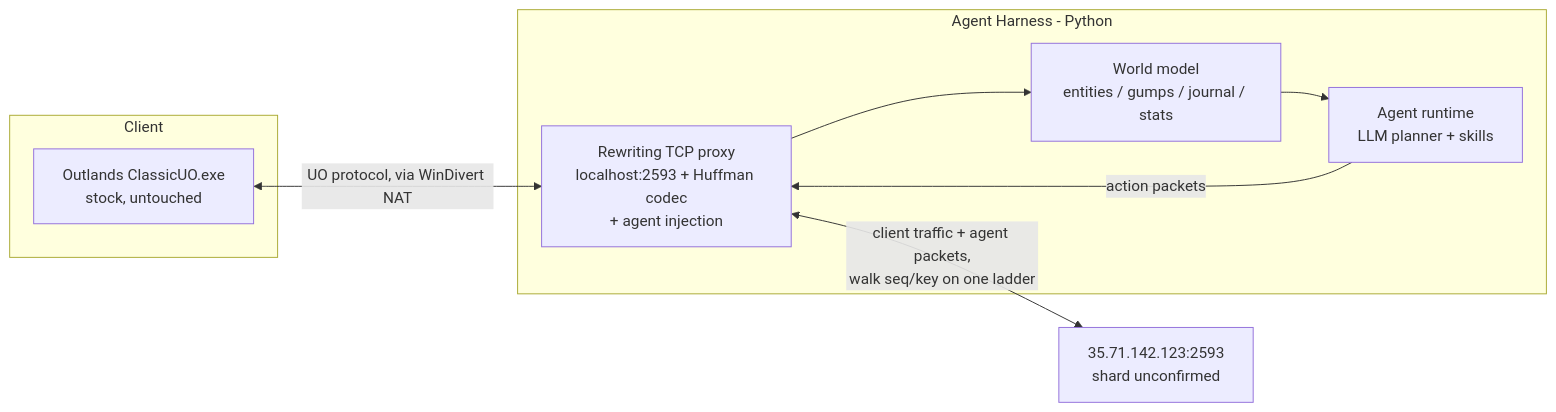
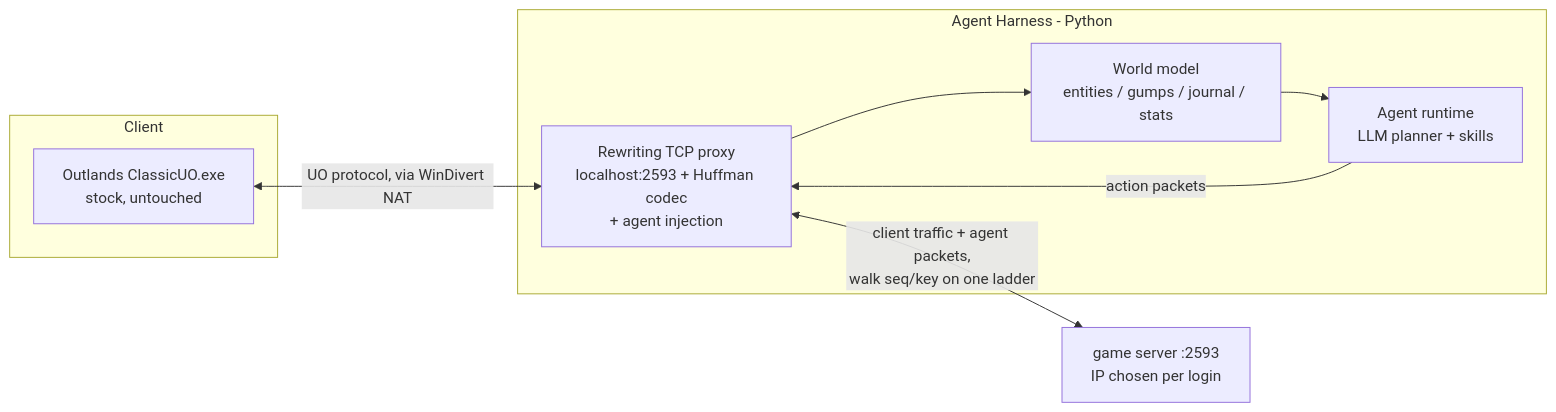
One commit to chriskite/uo-harness changed the diagram in README.md. Above: the diagram before and after it, drawn with Mermaid. The commit also changed other lines of this file and 7 other files, not shown here.

````diff
--- a/README.md
+++ b/README.md
@@ -9,15 +9,15 @@
 ```mermaid
 flowchart LR
   subgraph Client
     CUO[Outlands ClassicUO.exe<br/>stock, untouched]
   end
   subgraph Harness[Agent Harness - Python]
     PX[Rewriting TCP proxy<br/>localhost:2593 + Huffman codec<br/>+ agent injection]
     WM[World model<br/>entities / gumps / journal / stats]
     AG[Agent runtime<br/>LLM planner + skills]
   end
   CUO <-->|UO protocol, via WinDivert NAT| PX
-  PX <-->|client traffic + agent packets,<br/>walk seq/key on one ladder| SRV[35.71.142.123:2593<br/>shard unconfirmed]
+  PX <-->|client traffic + agent packets,<br/>walk seq/key on one ladder| SRV[game server :2593<br/>IP chosen per login]
   PX --> WM --> AG
   AG -->|action packets| PX
 ```
````
